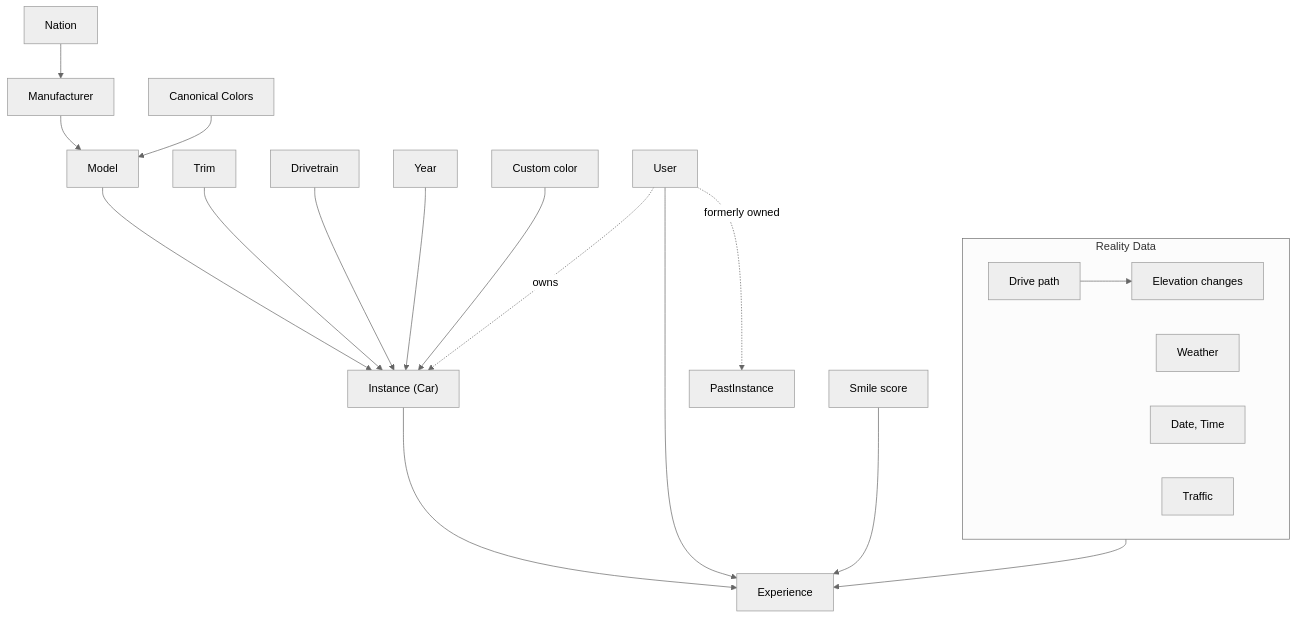
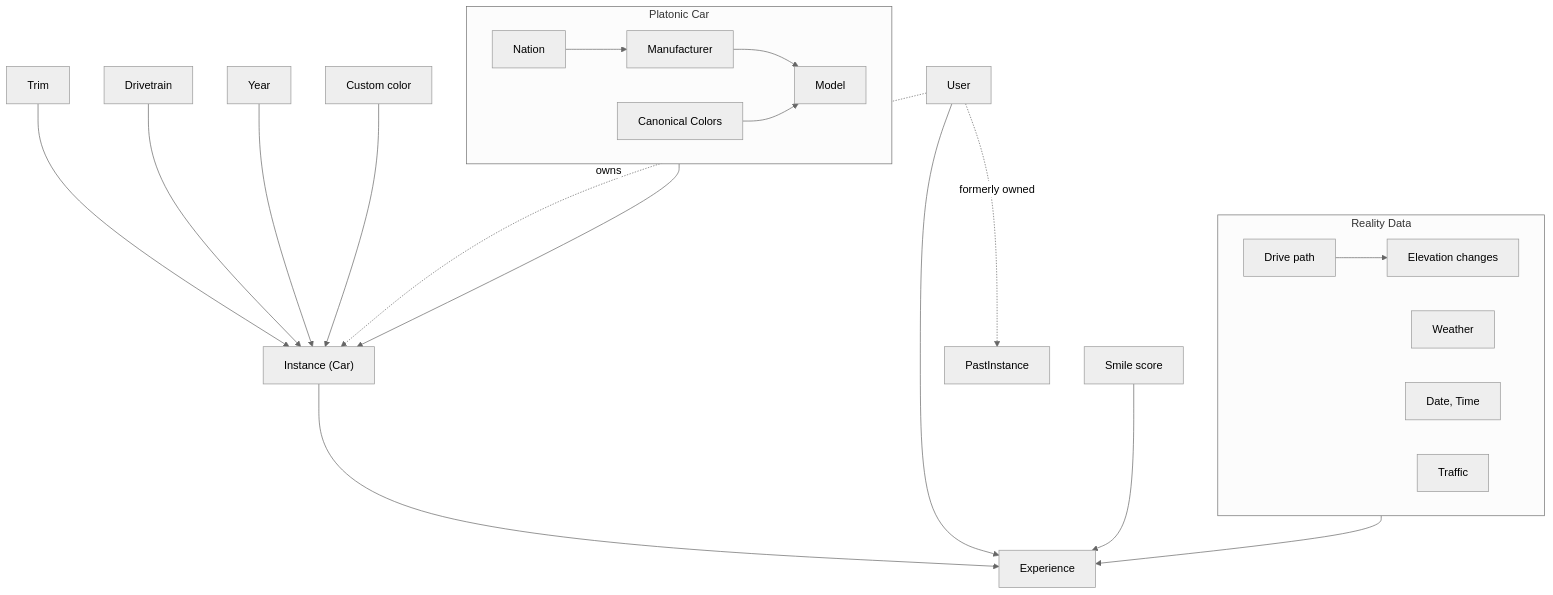
Before and after one commit to UUeird/dyno: the diagram in docs/product.md, drawn with Mermaid (neutral theme).

Commit message:
Group Nation, Manufacturer, Model, Canonical Colors into Platonic Car

````diff
--- a/docs/product.md
+++ b/docs/product.md
@@ -7,21 +7,24 @@
 ```mermaid
 flowchart TD
-    Nation --> Manufacturer --> Model --> Instance["Instance (Car)"] --> Experience
+    subgraph PlatonicCar["Platonic Car"]
+        Nation --> Manufacturer --> Model
+        CanonicalColors["Canonical Colors"] --> Model
+    end
+    PlatonicCar --> Instance["Instance (Car)"] --> Experience
     Trim --> Instance
     Drivetrain --> Instance
     Year --> Instance
     User --> Experience
-    CanonicalColors["Canonical Colors"] --> Model
     CustomColor["Custom color"] --> Instance
     User -. owns .-> Instance
     User -. formerly owned .-> PastInstance
     SmileScore["Smile score"] --> Experience
 
     subgraph RealityData["Reality Data"]
         DrivePath["Drive path"] --> Elevation["Elevation changes"]
         Weather
         DateTime["Date, Time"]
         Traffic
     end
     RealityData --> Experience
 ```
````
